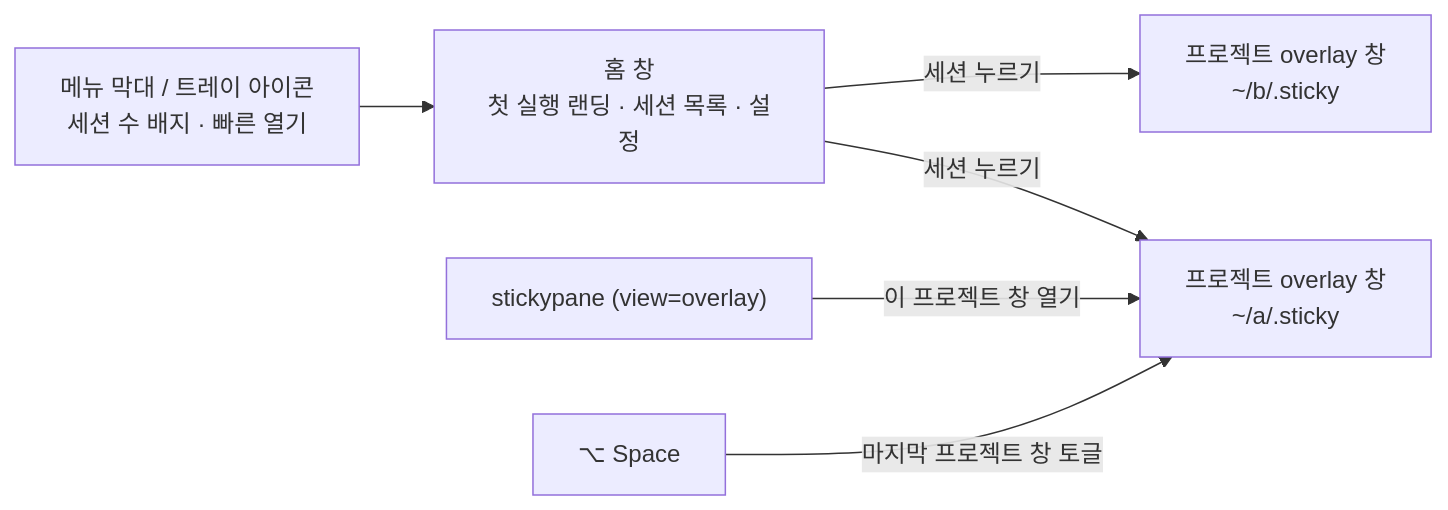
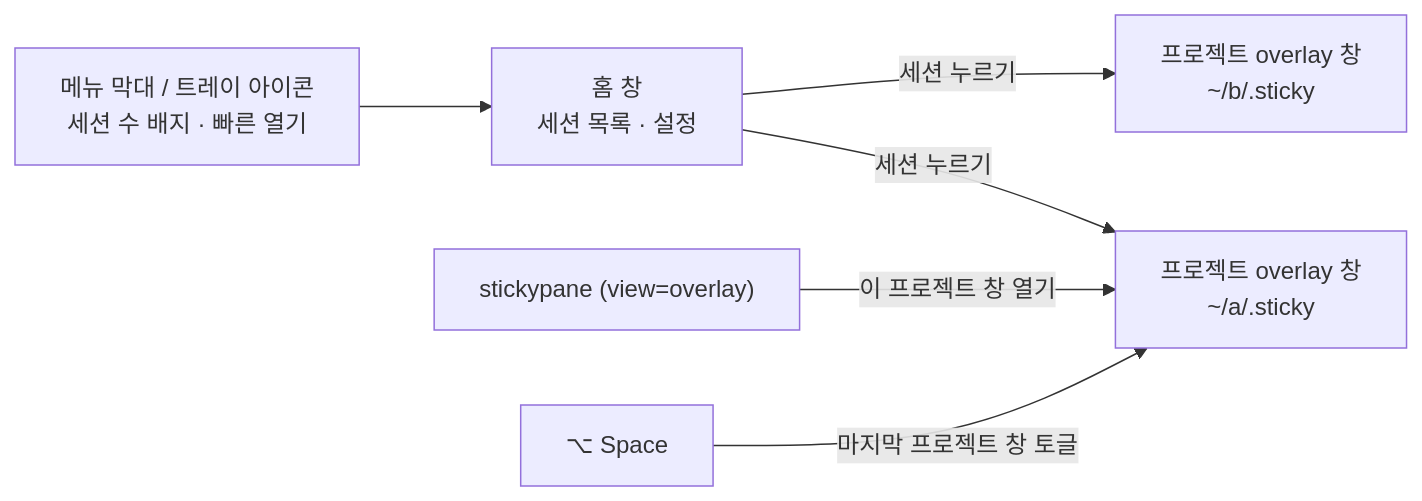
Before and after one commit to LeeSwallow/stickypane: the first of 3 diagrams in docs/overlay/08-app-home-and-sessions.md, drawn with Mermaid. The commit also changed other lines of this file and 12 other files, not shown here.

````diff
--- a/docs/overlay/08-app-home-and-sessions.md
+++ b/docs/overlay/08-app-home-and-sessions.md
@@ -11,11 +11,11 @@
 ```mermaid
 flowchart LR
   tray["메뉴 막대 / 트레이 아이콘<br/>세션 수 배지 · 빠른 열기"]
-  home["홈 창<br/>첫 실행 랜딩 · 세션 목록 · 설정"]
+  home["홈 창<br/>세션 목록 · 설정"]
   ov1["프로젝트 overlay 창<br/>~/a/.sticky"]
   ov2["프로젝트 overlay 창<br/>~/b/.sticky"]
   tray --> home
   home -->|"세션 누르기"| ov1 & ov2
   cli["stickypane (view=overlay)"] -->|"이 프로젝트 창 열기"| ov1
   key["⌥ Space"] -->|"마지막 프로젝트 창 토글"| ov1
 ```
````
